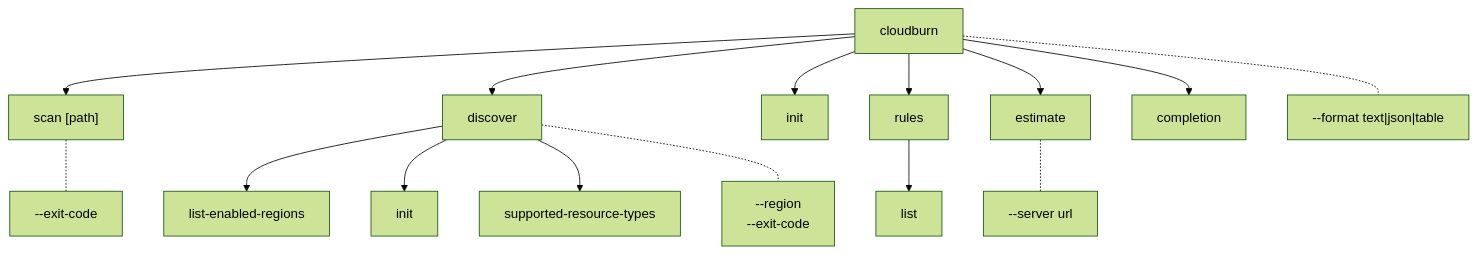
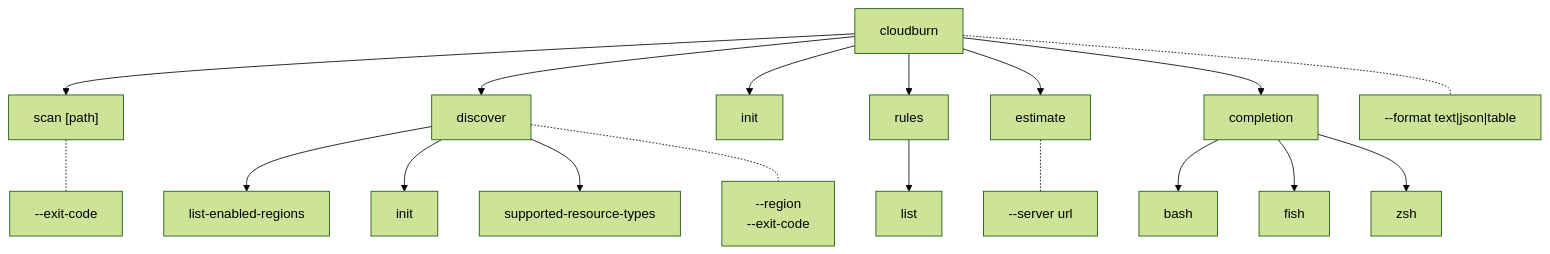
One commit to towardsthecloud/cloudburn changed the first of 2 diagrams in docs/architecture/cli.md. Above: the diagram before and after it, drawn with Mermaid (forest theme). The commit also changed other lines of this file and 40 other files, not shown here.

````diff
--- a/docs/architecture/cli.md
+++ b/docs/architecture/cli.md
@@ -5,18 +5,21 @@
 ```mermaid
 graph TD
   Root["cloudburn"] --> Scan["scan [path]"]
   Root --> Discover["discover"]
   Root --> Init["init"]
   Root --> Rules["rules"]
   Root --> Estimate["estimate"]
-  Root --> Completion["completion <shell>"]
+  Root --> Completion["completion"]
   Rules --> RulesList["list"]
   Discover --> DiscoverRegions["list-enabled-regions"]
   Discover --> DiscoverInit["init"]
   Discover --> DiscoverTypes["supported-resource-types"]
+  Completion --> CompletionBash["bash"]
+  Completion --> CompletionFish["fish"]
+  Completion --> CompletionZsh["zsh"]
 
   Root -.- RootFlags["--format text|json|table"]
   Scan -.- ScanFlags["--exit-code"]
   Discover -.- DiscoverFlags["--region <region|all>\n--exit-code"]
   Estimate -.- EstimateFlags["--server url"]
 ```
````
